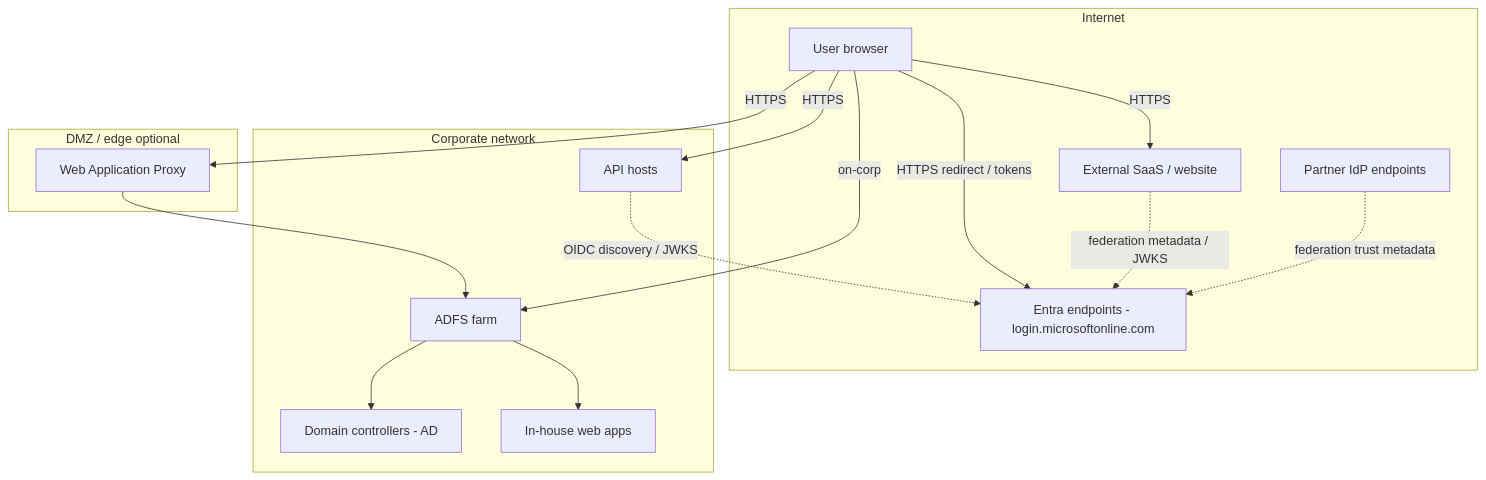
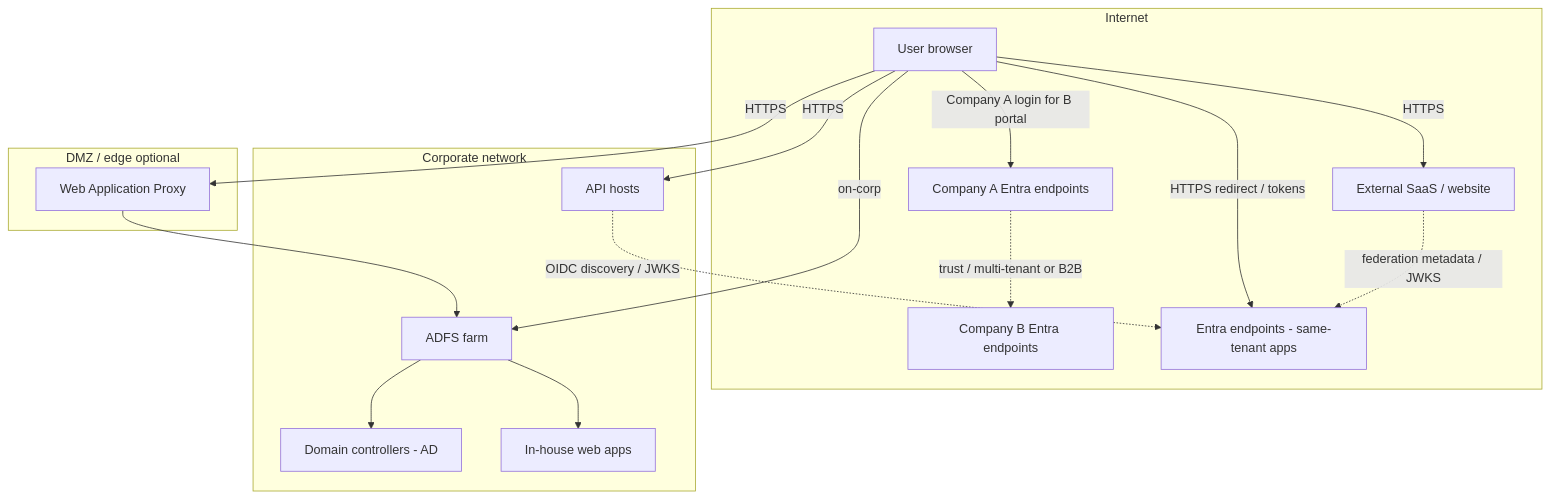
Before and after one commit to jetri/sso-landscape: the fourth of 4 diagrams in docs/02-components-and-topology.md, drawn with Mermaid. The commit also changed other lines of this file and 4 other files, not shown here.

First line of the commit message:
Reframe cross-federation around Company A to Company B portal.

````diff
--- a/docs/02-components-and-topology.md
+++ b/docs/02-components-and-topology.md
@@ -61,32 +114,34 @@
 ```mermaid
 flowchart TB
   subgraph Internet
     BR[User browser]
     SaaS[External SaaS / website]
-    PEN[Partner IdP endpoints]
-    ENT[Entra endpoints - login.microsoftonline.com]
+    AENT[Company A Entra endpoints]
+    BENT[Company B Entra endpoints]
+    ENT[Entra endpoints - same-tenant apps]
   end
 
   subgraph DMZ["DMZ / edge optional"]
     WAP[Web Application Proxy]
   end
 
   subgraph Corp["Corporate network"]
     DC[Domain controllers - AD]
     ADFSN[ADFS farm]
     WEB[In-house web apps]
     APIH[API hosts]
   end
 
   BR -->|HTTPS redirect / tokens| ENT
   BR -->|HTTPS| SaaS
   SaaS -.->|federation metadata / JWKS| ENT
+  BR -->|Company A login for B portal| AENT
+  AENT -.->|trust / multi-tenant or B2B| BENT
   BR -->|HTTPS| WAP
   WAP --> ADFSN
   BR -->|on-corp| ADFSN
   ADFSN --> DC
   ADFSN --> WEB
   BR -->|HTTPS| APIH
   APIH -.->|OIDC discovery / JWKS| ENT
-  PEN -.->|federation trust metadata| ENT
 ```
````
